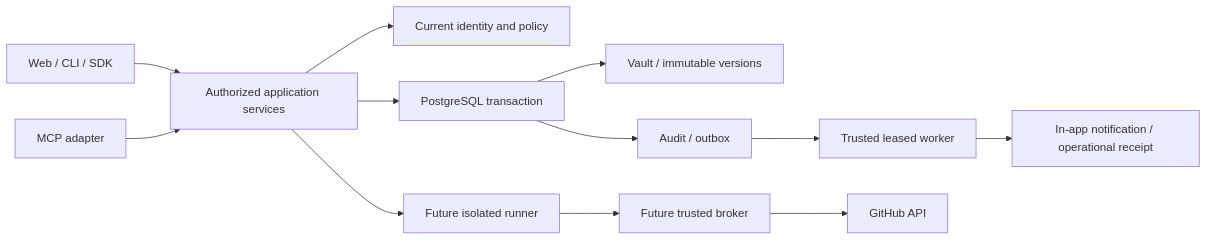
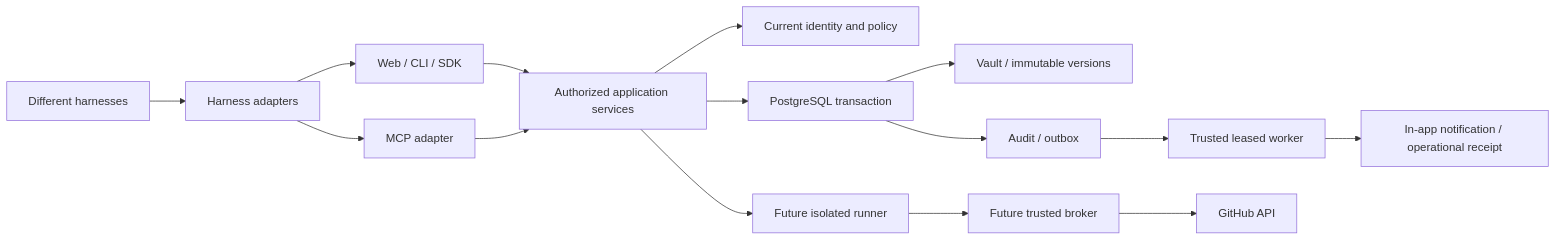
Before and after one commit to santapong/KeepSave: the diagram in docs/design/2026-10-02-product-roadmap/README.md, drawn with Mermaid. The commit also changed other lines of this file and 221 other files, not shown here.

````diff
--- a/docs/design/2026-10-02-product-roadmap/README.md
+++ b/docs/design/2026-10-02-product-roadmap/README.md
@@ -89,14 +92,17 @@
 ```mermaid
 flowchart LR
-    UI[Web / CLI / SDK] --> APP[Authorized application services]
-    MCP[MCP adapter] --> APP
+    H[Different harnesses] --> AD[Harness adapters]
+    AD --> MCP[MCP adapter]
+    AD --> UI[Web / CLI / SDK]
+    UI --> APP[Authorized application services]
+    MCP --> APP
     APP --> ID[Current identity and policy]
     APP --> TX[PostgreSQL transaction]
     TX --> V[Vault / immutable versions]
     TX --> A[Audit / outbox]
     A --> W[Trusted leased worker]
     W --> N[In-app notification / operational receipt]
     APP --> RUN[Future isolated runner]
     RUN --> B[Future trusted broker]
     B --> GH[GitHub API]
 ```
````
